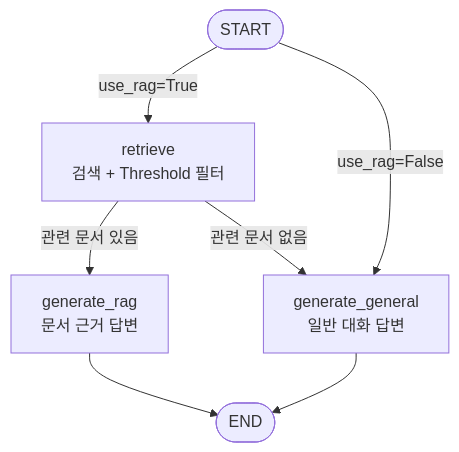
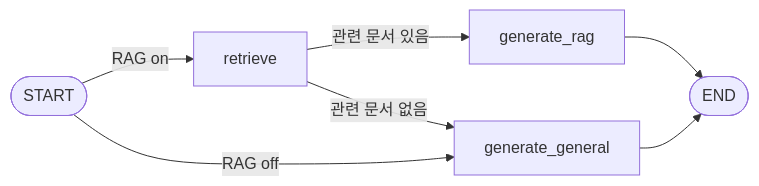
The first of 2 diagrams in README.md (wook099/langgraph-rag-tuning), drawn with Mermaid before and after one commit. The commit also changed other lines of this file and 2 other files, not shown here.

````diff
--- a/README.md
+++ b/README.md
@@ -33,9 +12,9 @@
 ```mermaid
-flowchart TD
-    S([START]) -->|use_rag=True| R[retrieve<br/>검색 + Threshold 필터]
-    S -->|use_rag=False| G2[generate_general<br/>일반 대화 답변]
-    R -->|관련 문서 있음| G1[generate_rag<br/>문서 근거 답변]
+flowchart LR
+    S([START]) -->|RAG on| R[retrieve]
+    S -->|RAG off| G2[generate_general]
+    R -->|관련 문서 있음| G1[generate_rag]
     R -->|관련 문서 없음| G2
     G1 --> E([END])
     G2 --> E
 ```
````
